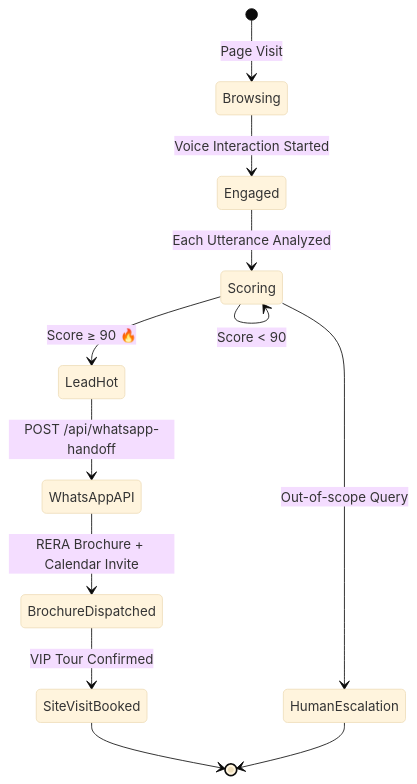
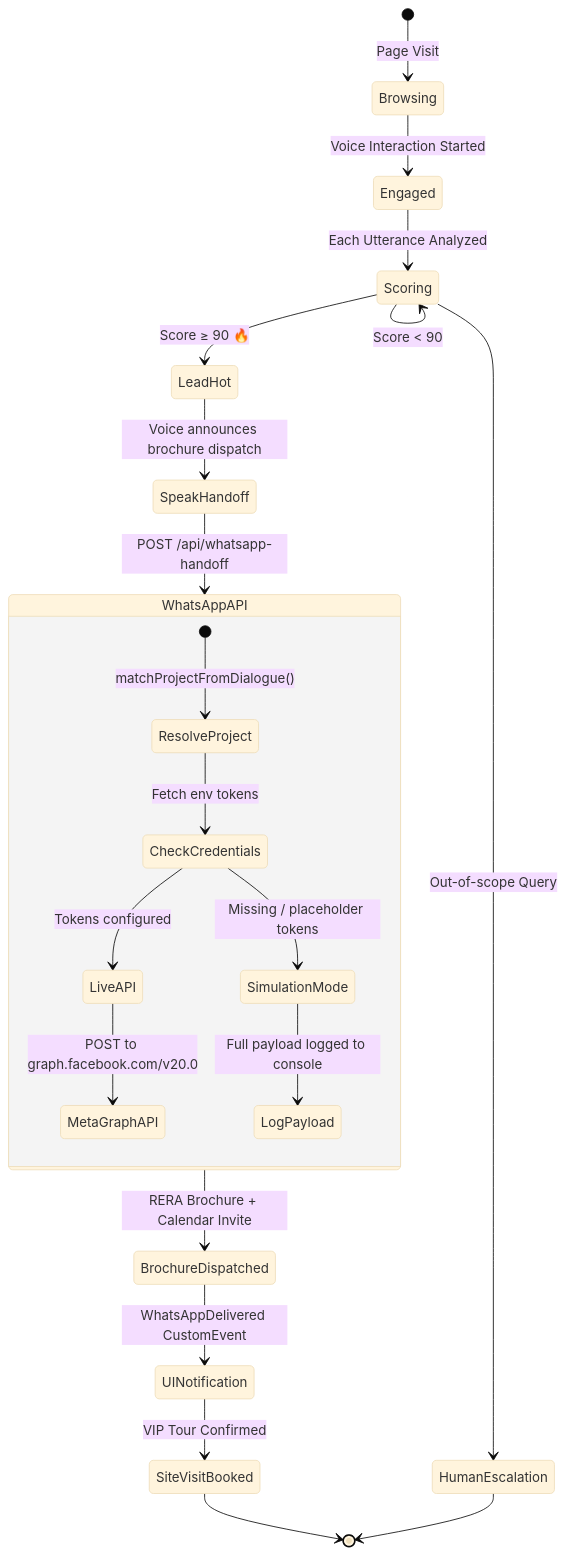
Before and after one commit to iammohith/Voice-First-Aura-Real-Estate-Agent-V-FAREA: the ninth of 11 diagrams in README.md, drawn with Mermaid (base theme). The commit also changed other lines of this file, not shown here.

Commit message:
docs: update README with comprehensive architecture diagrams and system design

````diff
--- a/README.md
+++ b/README.md
@@ -254,16 +477,28 @@
 ```mermaid
 stateDiagram-v2
     [*] --> Browsing: Page Visit
     Browsing --> Engaged: Voice Interaction Started
     Engaged --> Scoring: Each Utterance Analyzed
     Scoring --> Scoring: Score < 90
     Scoring --> LeadHot: Score ≥ 90 🔥
-    
-    LeadHot --> WhatsAppAPI: POST /api/whatsapp-handoff
+
+    LeadHot --> SpeakHandoff: Voice announces brochure dispatch
+    SpeakHandoff --> WhatsAppAPI: POST /api/whatsapp-handoff
+
+    state WhatsAppAPI {
+        [*] --> ResolveProject: matchProjectFromDialogue()
+        ResolveProject --> CheckCredentials: Fetch env tokens
+        CheckCredentials --> LiveAPI: Tokens configured
+        CheckCredentials --> SimulationMode: Missing / placeholder tokens
+        LiveAPI --> MetaGraphAPI: POST to graph.facebook.com/v20.0
+        SimulationMode --> LogPayload: Full payload logged to console
+    }
+
     WhatsAppAPI --> BrochureDispatched: RERA Brochure + Calendar Invite
-    BrochureDispatched --> SiteVisitBooked: VIP Tour Confirmed
+    BrochureDispatched --> UINotification: WhatsAppDelivered CustomEvent
+    UINotification --> SiteVisitBooked: VIP Tour Confirmed
     SiteVisitBooked --> [*]
 
     Scoring --> HumanEscalation: Out-of-scope Query
     HumanEscalation --> [*]
 ```
````
